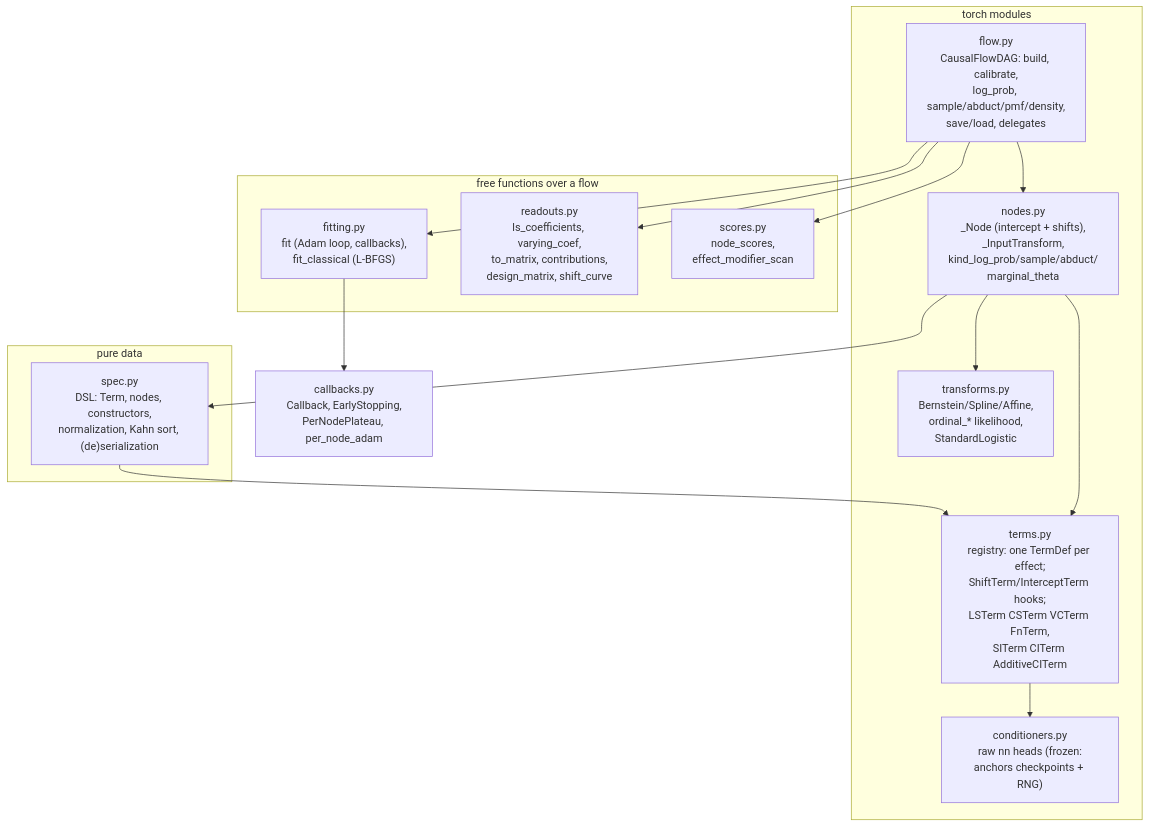
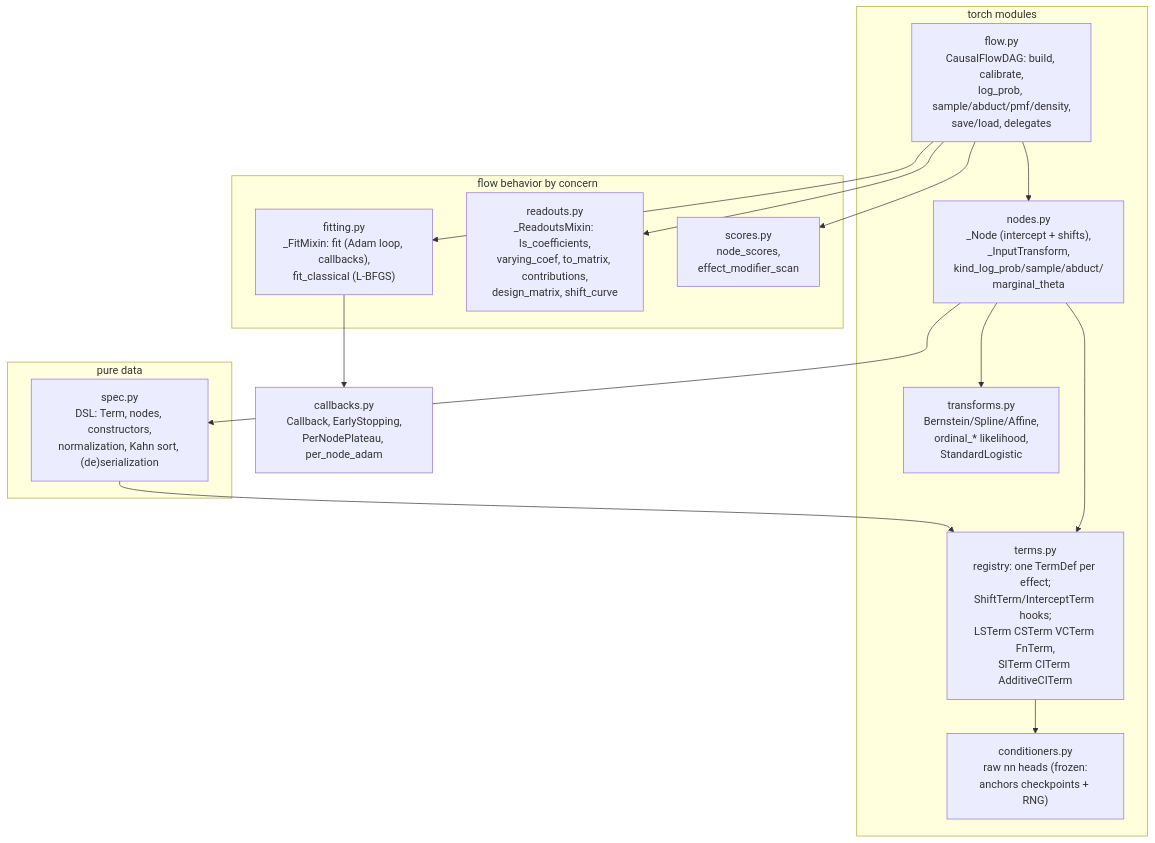
Before and after one commit to tensorchiefs/tramdag: the first of 2 diagrams in docs/architecture.md, drawn with Mermaid. The commit also changed other lines of this file and 21 other files, not shown here.

````diff
--- a/docs/architecture.md
+++ b/docs/architecture.md
@@ -10,30 +10,30 @@
 ```mermaid
 graph TD
     subgraph data["pure data"]
         spec["spec.py<br/>DSL: Term, nodes, constructors,<br/>normalization, Kahn sort, (de)serialization"]
     end
     subgraph torch["torch modules"]
         terms["terms.py<br/>registry: one TermDef per effect;<br/>ShiftTerm/InterceptTerm hooks;<br/>LSTerm CSTerm VCTerm FnTerm,<br/>SITerm CITerm AdditiveCITerm"]
         conditioners["conditioners.py<br/>raw nn heads (frozen:<br/>anchors checkpoints + RNG)"]
         transforms["transforms.py<br/>Bernstein/Spline/Affine,<br/>ordinal_* likelihood,<br/>StandardLogistic"]
         nodes["nodes.py<br/>_Node (intercept + shifts),<br/>_InputTransform,<br/>kind_log_prob/sample/abduct/<br/>marginal_theta"]
         flow["flow.py<br/>CausalFlowDAG: build, calibrate,<br/>log_prob, sample/abduct/pmf/density,<br/>save/load, delegates"]
     end
-    subgraph functions["free functions over a flow"]
-        fitting["fitting.py<br/>fit (Adam loop, callbacks),<br/>fit_classical (L-BFGS)"]
-        readouts["readouts.py<br/>ls_coefficients, varying_coef,<br/>to_matrix, contributions,<br/>design_matrix, shift_curve"]
+    subgraph functions["flow behavior by concern"]
+        fitting["fitting.py<br/>_FitMixin: fit (Adam loop, callbacks),<br/>fit_classical (L-BFGS)"]
+        readouts["readouts.py<br/>_ReadoutsMixin: ls_coefficients,<br/>varying_coef, to_matrix, contributions,<br/>design_matrix, shift_curve"]
         scores["scores.py<br/>node_scores,<br/>effect_modifier_scan"]
     end
     callbacks["callbacks.py<br/>Callback, EarlyStopping,<br/>PerNodePlateau, per_node_adam"]
 
     spec --> terms
     terms --> conditioners
     nodes --> terms
     nodes --> spec
     nodes --> transforms
     flow --> nodes
     flow --> fitting
     flow --> readouts
     flow --> scores
     fitting --> callbacks
 ```
````
